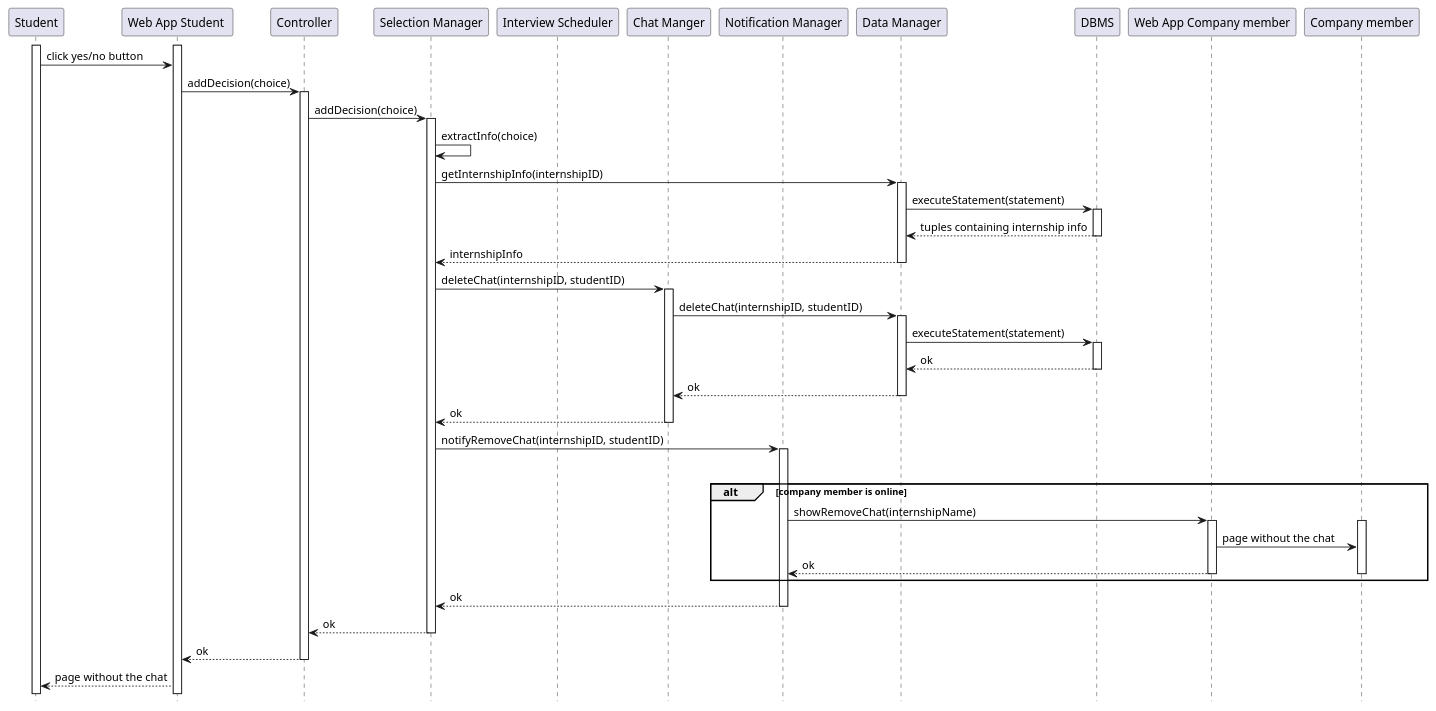
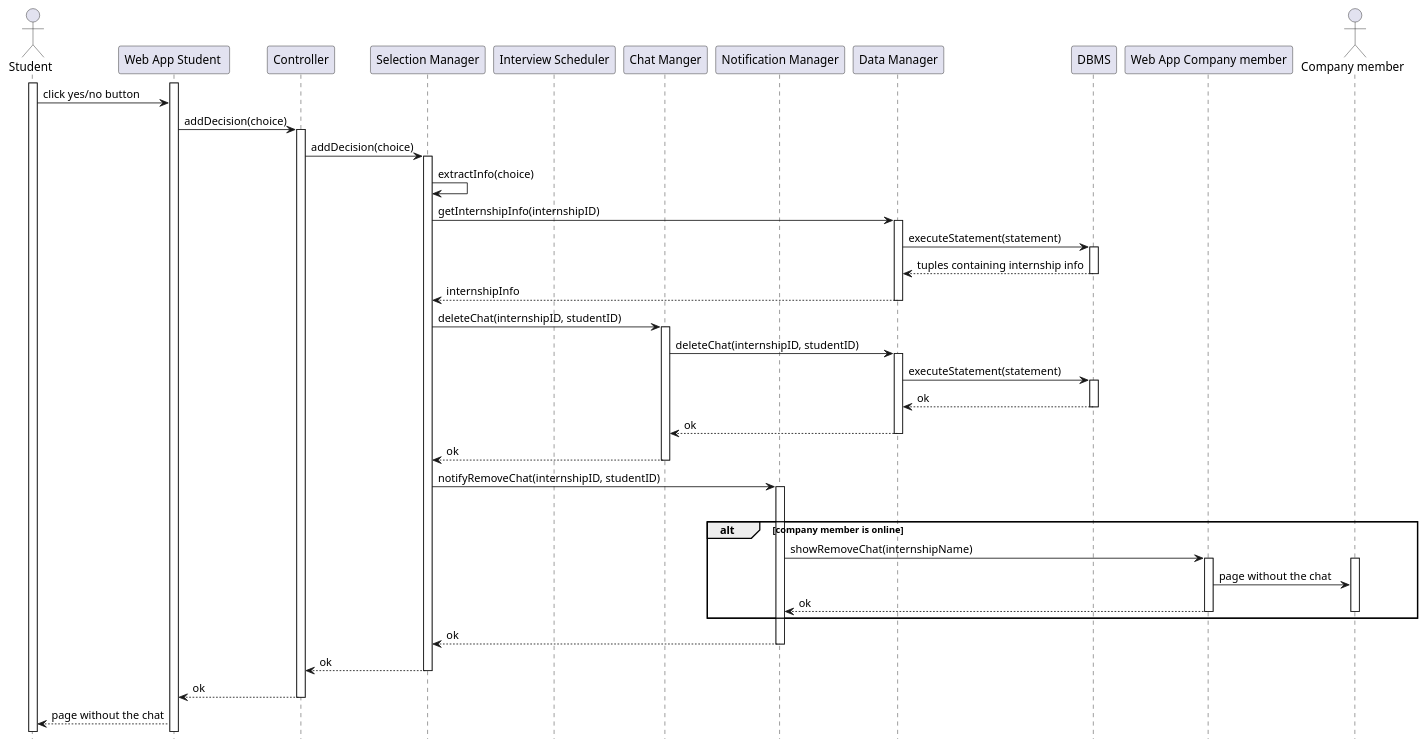
The diagram in DD/Architectural_design/uml_diagrams/RV22.puml (matti8702/R_and_DD_project_SE2), drawn with PlantUML before and after one commit. The commit also changed 9 other files, not shown here.

```diff
--- a/DD/Architectural_design/uml_diagrams/RV22.puml
+++ b/DD/Architectural_design/uml_diagrams/RV22.puml
@@ -1,65 +1,65 @@
 @startuml RV22
 hide footbox
 
-participant "Student" as ST
+actor "Student" as ST
 participant "Web App Student " AS WAST
 participant "Controller" as C
 participant "Selection Manager" as SM
 participant "Interview Scheduler" as IS
 participant "Chat Manger" as CHM
 participant "Notification Manager" as NM
 participant "Data Manager" as DM
 participant "DBMS" as DB
 participant "Web App Company member" AS WACM
-participant "Company member" as CM
+actor "Company member" as CM
 
 activate ST
 activate WAST
 
 ST -> WAST : click yes/no button
 
 WAST -> C  : addDecision(choice)
 activate C
 C -> SM    : addDecision(choice)
 activate SM
 SM -> SM   : extractInfo(choice)
 SM -> DM   : getInternshipInfo(internshipID)
 activate DM
 DM -> DB  : executeStatement(statement)
 activate DB
 DB --> DM : tuples containing internship info
 deactivate DB
 DM --> SM : internshipInfo
 deactivate DM
 SM -> CHM : deleteChat(internshipID, studentID)
 activate CHM
 CHM -> DM : deleteChat(internshipID, studentID)
 activate DM
 DM -> DB  : executeStatement(statement)
 activate DB
 DB --> DM : ok
 deactivate DB
 DM --> CHM : ok
 deactivate DM
 CHM --> SM : ok
 deactivate CHM
 SM -> NM : notifyRemoveChat(internshipID, studentID)
 activate NM
 loop for all company member of that internship with a chat
 alt company member is online
     NM -> WACM : showRemoveChat(internshipName)
     activate WACM
     activate CM
     WACM -> CM : page without the chat
     WACM --> NM : ok
     deactivate WACM
     deactivate CM
 end
 NM --> SM : ok
 deactivate NM
 SM --> C : ok
 deactivate SM
 C --> WAST : ok
 deactivate C
 WAST --> ST : page without the chat
 @enduml
```
